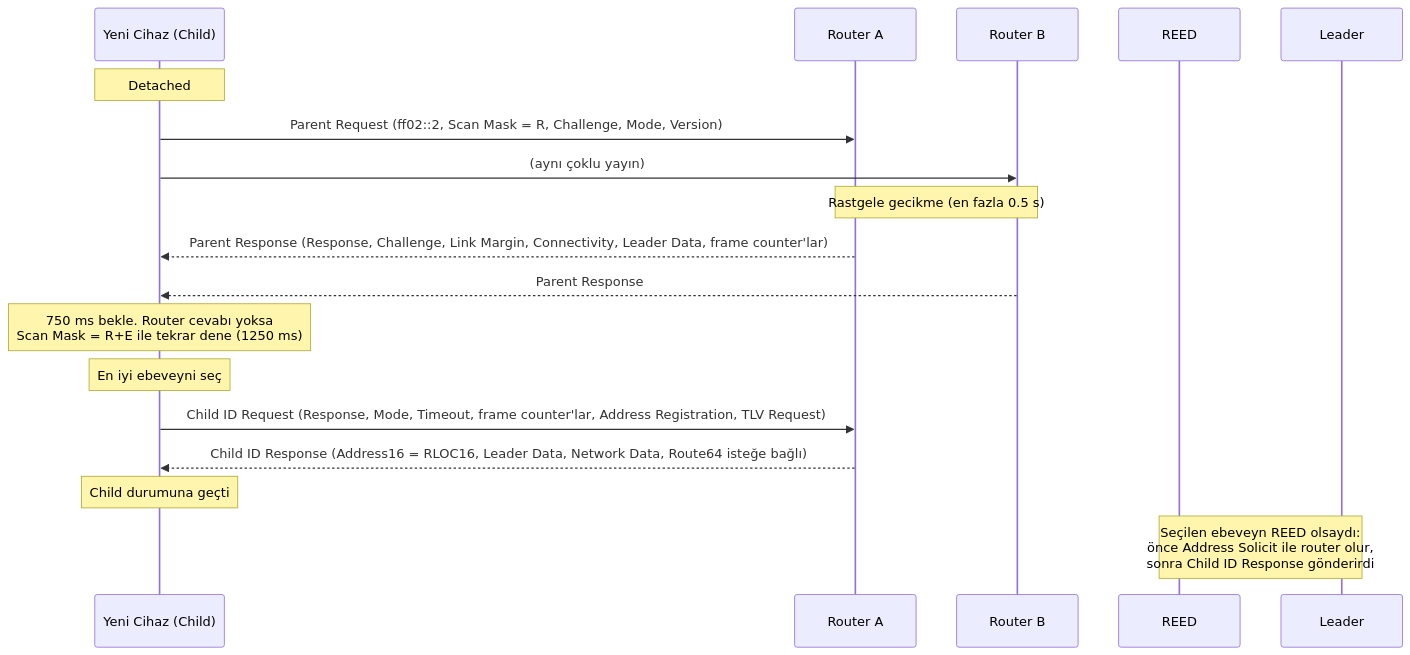
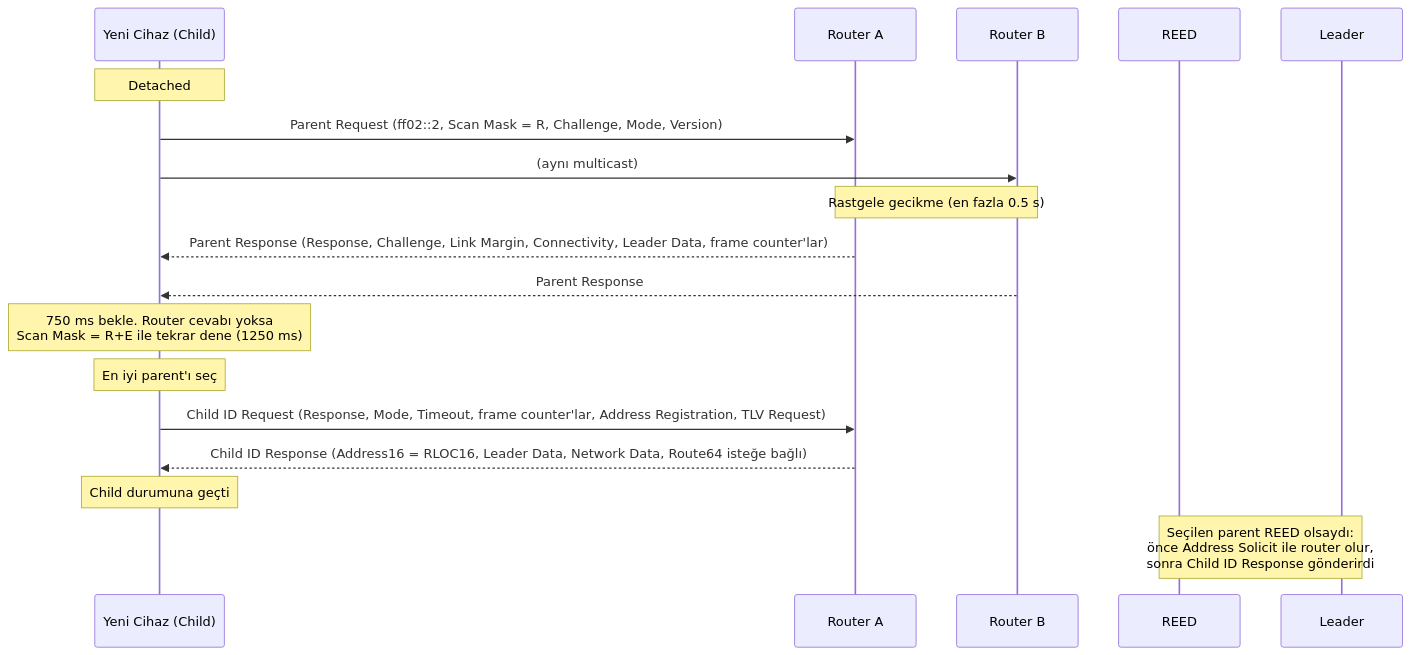
The first of 2 diagrams in bolumler/09-mle.md (Berkancelik/thread-architecture), drawn with Mermaid before and after one commit. The commit also changed other lines of this file and 31 other files, not shown here.

````diff
--- a/bolumler/09-mle.md
+++ b/bolumler/09-mle.md
@@ -191,20 +191,20 @@
 ```mermaid
 sequenceDiagram
     participant C as Yeni Cihaz (Child)
     participant R1 as Router A
     participant R2 as Router B
     participant RE as REED
     participant L as Leader
     Note over C: Detached
     C->>R1: Parent Request (ff02::2, Scan Mask = R, Challenge, Mode, Version)
-    C->>R2: (aynı çoklu yayın)
+    C->>R2: (aynı multicast)
     Note over R1,R2: Rastgele gecikme (en fazla 0.5 s)
     R1-->>C: Parent Response (Response, Challenge, Link Margin, Connectivity, Leader Data, frame counter'lar)
     R2-->>C: Parent Response
     Note over C: 750 ms bekle. Router cevabı yoksa<br/>Scan Mask = R+E ile tekrar dene (1250 ms)
-    Note over C: En iyi ebeveyni seç
+    Note over C: En iyi parent'ı seç
     C->>R1: Child ID Request (Response, Mode, Timeout, frame counter'lar, Address Registration, TLV Request)
     R1-->>C: Child ID Response (Address16 = RLOC16, Leader Data, Network Data, Route64 isteğe bağlı)
     Note over C: Child durumuna geçti
-    Note over RE,L: Seçilen ebeveyn REED olsaydı:<br/>önce Address Solicit ile router olur,<br/>sonra Child ID Response gönderirdi
+    Note over RE,L: Seçilen parent REED olsaydı:<br/>önce Address Solicit ile router olur,<br/>sonra Child ID Response gönderirdi
 ```
````
